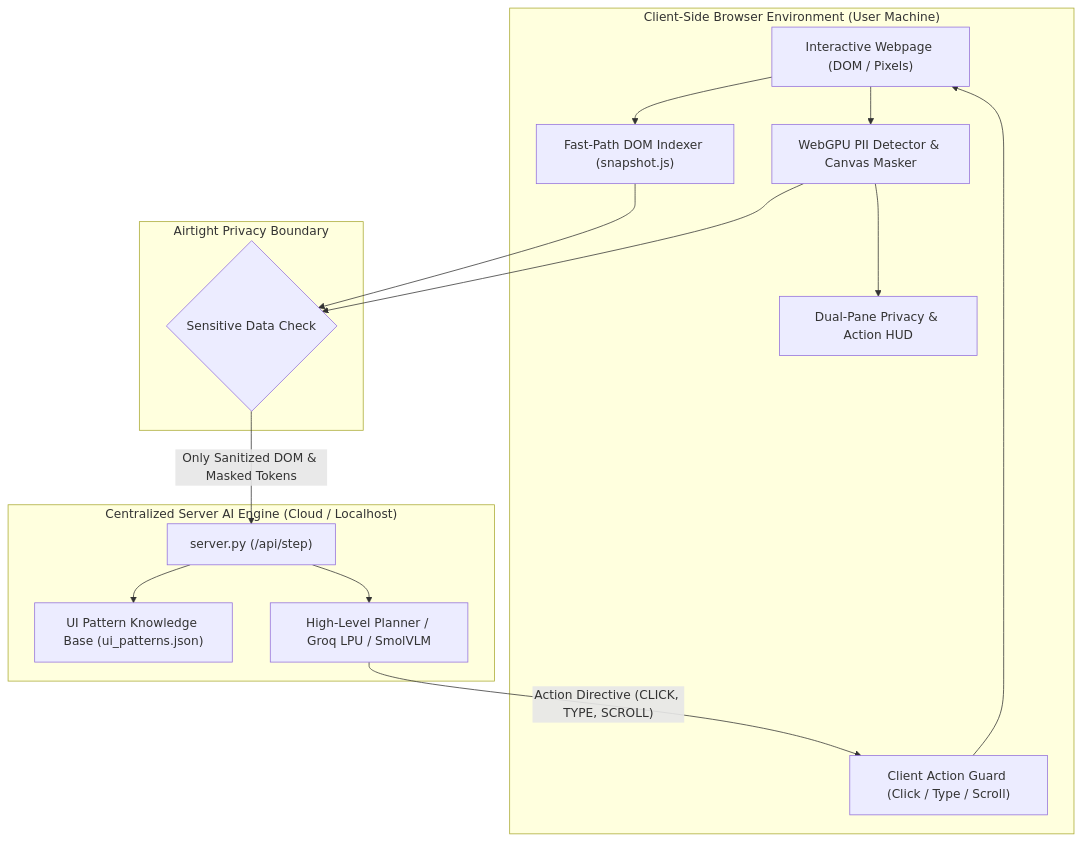
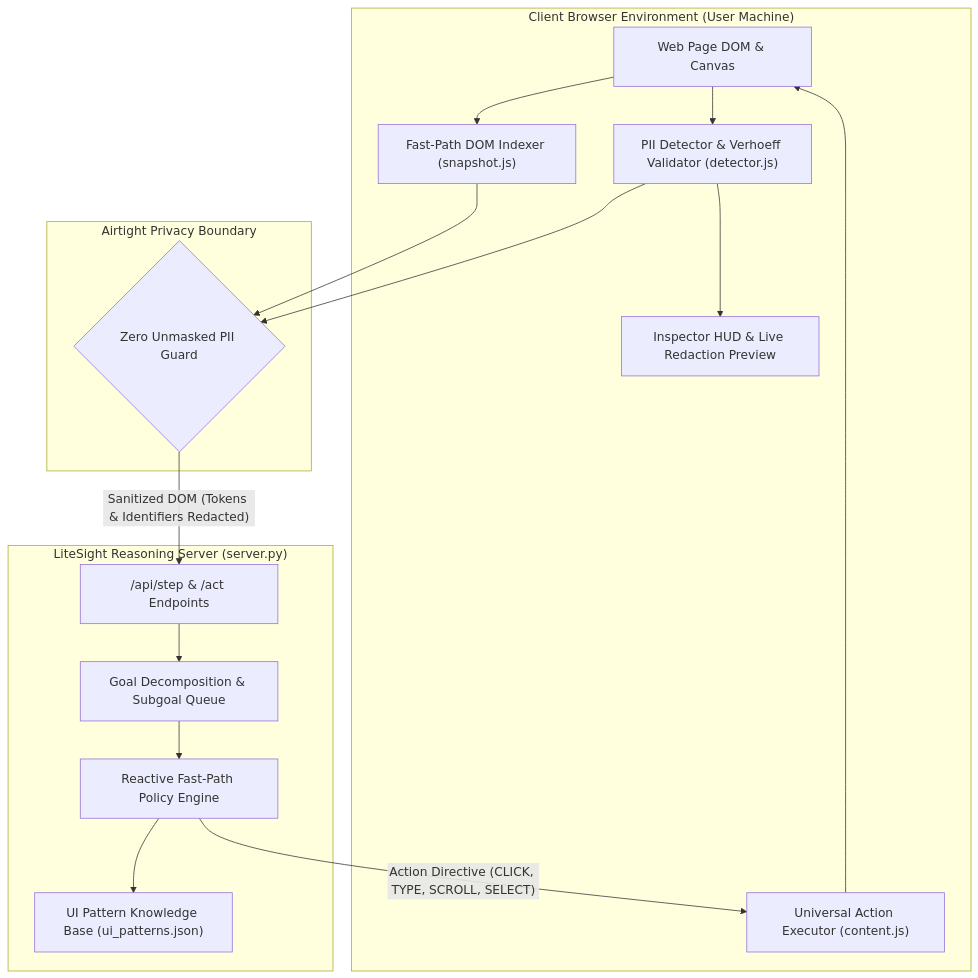
Before and after one commit to Hitarth-S/LiteSight: the diagram in README.md, drawn with Mermaid. The commit also changed other lines of this file and 8 other files, not shown here.

````diff
--- a/README.md
+++ b/README.md
@@ -77,31 +40,33 @@
 ```mermaid
 flowchart TD
-    subgraph Client ["Client-Side Browser Environment (User Machine)"]
-        UserPage["Interactive Webpage (DOM / Pixels)"]
-        WebGPUSentinel["WebGPU PII Detector & Canvas Masker"]
+    subgraph Client ["Client Browser Environment (User Machine)"]
+        Page["Web Page DOM & Canvas"]
+        PIIDetector["PII Detector & Verhoeff Validator (detector.js)"]
         DOMIndexer["Fast-Path DOM Indexer (snapshot.js)"]
-        HUD["Dual-Pane Privacy & Action HUD"]
-        ClientExecutor["Client Action Guard (Click / Type / Scroll)"]
+        Overlay["Inspector HUD & Live Redaction Preview"]
+        ContentExecutor["Universal Action Executor (content.js)"]
     end
 
-    subgraph EgressGuard ["Airtight Privacy Boundary"]
-        RedactionCheck{"Sensitive Data Check"}
+    subgraph PrivacyBoundary ["Airtight Privacy Boundary"]
+        Gate{"Zero Unmasked PII Guard"}
     end
 
-    subgraph Server ["Centralized Server AI Engine (Cloud / Localhost)"]
-        ServerEndpoint["server.py (/api/step)"]
-        CentralPlanner["High-Level Planner / Groq LPU / SmolVLM"]
+    subgraph Server ["LiteSight Reasoning Server (server.py)"]
+        APIStep["/api/step & /act Endpoints"]
+        Planner["Goal Decomposition & Subgoal Queue"]
+        Executor["Reactive Fast-Path Policy Engine"]
         KnowledgeBase["UI Pattern Knowledge Base (ui_patterns.json)"]
     end
 
-    UserPage --> DOMIndexer
-    UserPage --> WebGPUSentinel
-    WebGPUSentinel --> RedactionCheck
-    DOMIndexer --> RedactionCheck
-    RedactionCheck -- "Only Sanitized DOM & Masked Tokens" --> ServerEndpoint
-    ServerEndpoint --> KnowledgeBase
-    ServerEndpoint --> CentralPlanner
-    CentralPlanner -- "Action Directive (CLICK, TYPE, SCROLL)" --> ClientExecutor
-    ClientExecutor --> UserPage
-    WebGPUSentinel --> HUD
+    Page --> DOMIndexer
+    Page --> PIIDetector
+    PIIDetector --> Gate
+    DOMIndexer --> Gate
+    Gate -- "Sanitized DOM (Tokens & Identifiers Redacted)" --> APIStep
+    APIStep --> Planner
+    Planner --> Executor
+    Executor --> KnowledgeBase
+    Executor -- "Action Directive (CLICK, TYPE, SCROLL, SELECT)" --> ContentExecutor
+    ContentExecutor --> Page
+    PIIDetector --> Overlay
 ```
````
